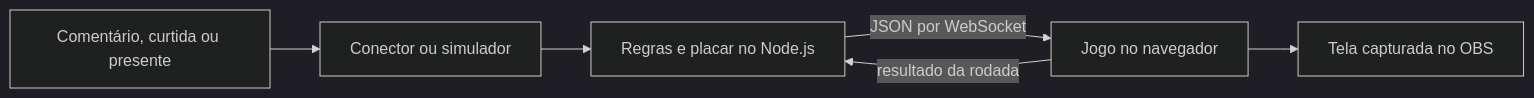
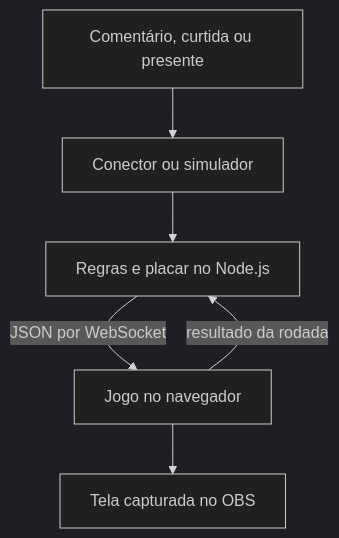
Before and after one commit to theuzao/santi-hub-docs: the second of 2 diagrams in README.md, drawn with Mermaid (dark theme). The commit also changed other lines of this file, not shown here.

Commit message:
docs: ampliar leitura dos diagramas no GitHub

````diff
--- a/README.md
+++ b/README.md
@@ -24,8 +30,8 @@
 ```mermaid
-flowchart LR
+flowchart TB
   A[Comentário, curtida ou presente] --> B[Conector ou simulador]
   B --> C[Regras e placar no Node.js]
   C -->|JSON por WebSocket| D[Jogo no navegador]
   D --> E[Tela capturada no OBS]
   D -->|resultado da rodada| C
 ```
````
